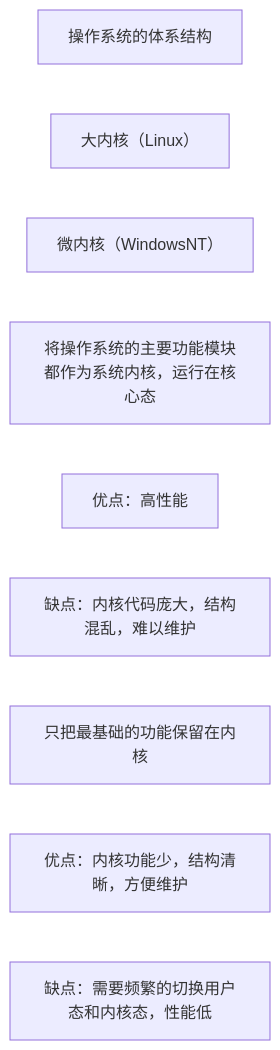
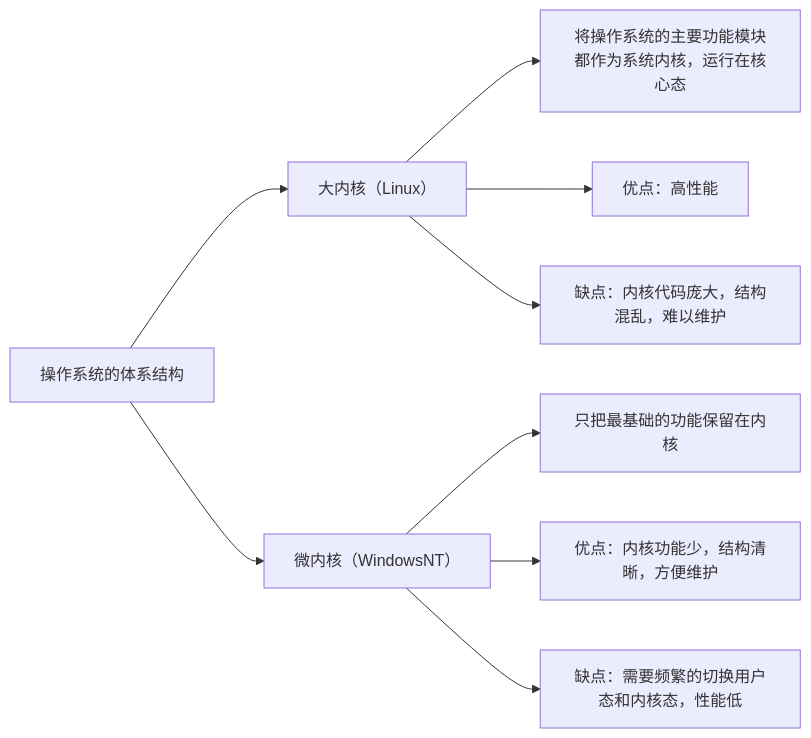
Before and after one commit to yanqi1711/408-os: the third of 3 diagrams in 01计算机系统概述/README.md, drawn with Mermaid. The commit also changed 1 other file, not shown here.

Commit message:
chore: one more

````diff
--- a/01计算机系统概述/README.md
+++ b/01计算机系统概述/README.md
@@ -120,12 +120,20 @@
 ```mermaid
 flowchart LR
   A[操作系统的体系结构]
   B[大内核（Linux）]
   C[微内核（WindowsNT）]
   D[将操作系统的主要功能模块都作为系统内核，运行在核心态]
   E[优点：高性能]
   F[缺点：内核代码庞大，结构混乱，难以维护]
   G[只把最基础的功能保留在内核]
   H[优点：内核功能少，结构清晰，方便维护]
   I[缺点：需要频繁的切换用户态和内核态，性能低]
+  A --> B
+  A --> C
+  B --> D
+  B --> E
+  B --> F
+  C --> G
+  C --> H
+  C --> I
 ```
````
